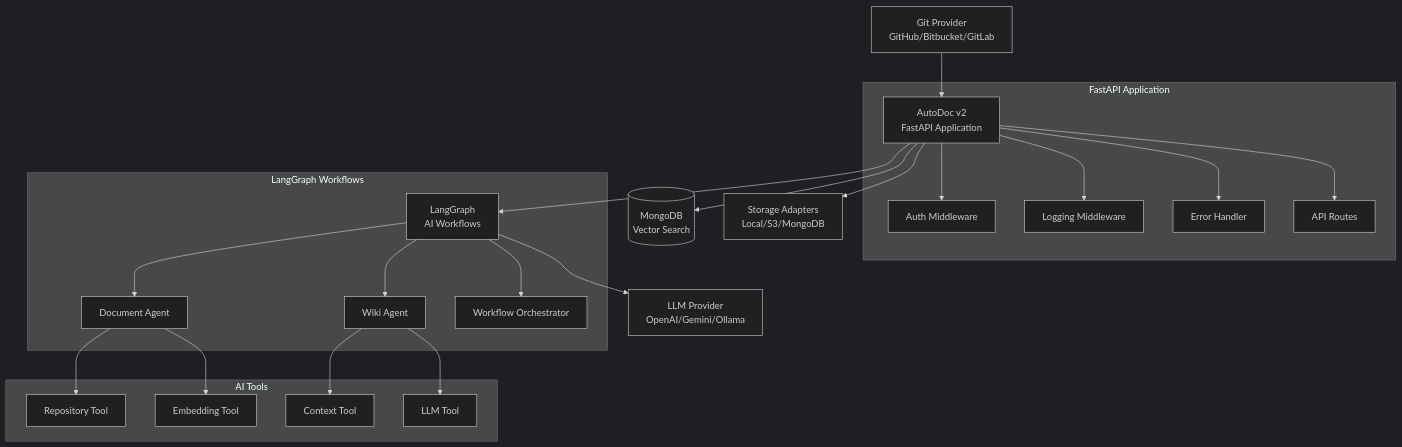
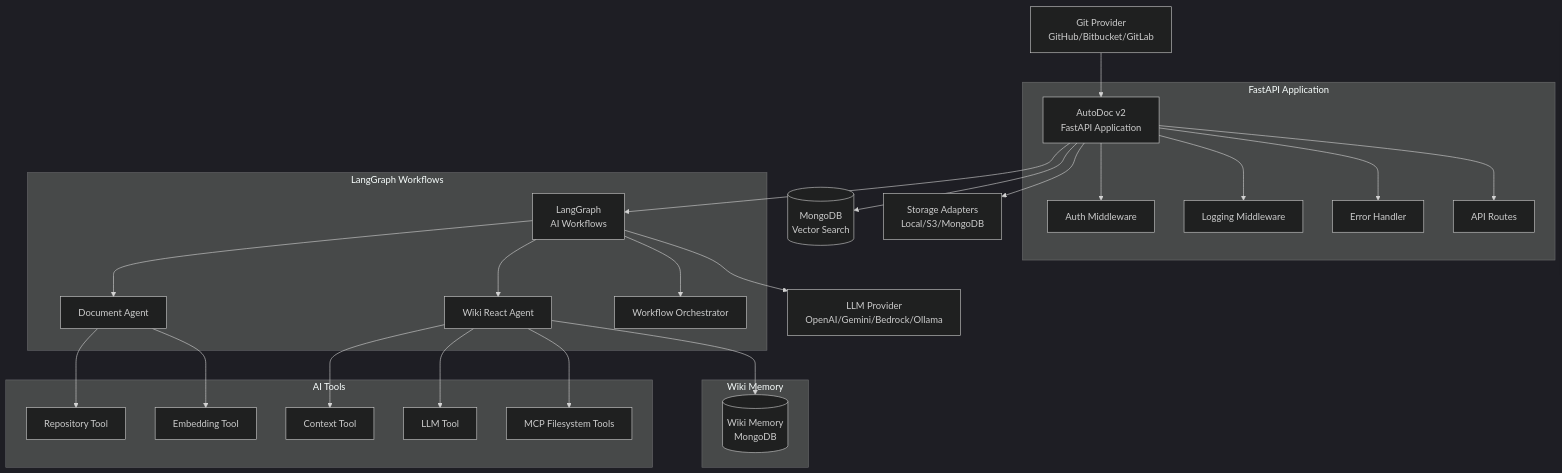
Before and after one commit to alexsohr/autodoc-v2: the first of 6 diagrams in README.md, drawn with Mermaid (dark theme). The commit also changed other lines of this file, not shown here.

First line of the commit message:
feat(docs): enhance README with new features and architecture details

````diff
--- a/README.md
+++ b/README.md
@@ -295,33 +305,40 @@
 ```mermaid
 graph TB
     GP[Git Provider<br/>GitHub/Bitbucket/GitLab] --> API[AutoDoc v2<br/>FastAPI Application]
     API --> DB[(MongoDB<br/>Vector Search)]
     API --> LG[LangGraph<br/>AI Workflows]
-    LG --> LLM[LLM Provider<br/>OpenAI/Gemini/Ollama]
+    LG --> LLM[LLM Provider<br/>OpenAI/Gemini/Bedrock/Ollama]
     API --> SA[Storage Adapters<br/>Local/S3/MongoDB]
-    
+
     subgraph "FastAPI Application"
         API --> AUTH[Auth Middleware]
         API --> LOG[Logging Middleware]
         API --> ERR[Error Handler]
         API --> ROUTES[API Routes]
     end
-    
+
     subgraph "LangGraph Workflows"
         LG --> DA[Document Agent]
-        LG --> WA[Wiki Agent]
+        LG --> WA[Wiki React Agent]
         LG --> WO[Workflow Orchestrator]
     end
-    
+
     subgraph "AI Tools"
         RT[Repository Tool]
         ET[Embedding Tool]
         CT[Context Tool]
         LT[LLM Tool]
-        
+        MCP[MCP Filesystem Tools]
+
         DA --> RT
         DA --> ET
         WA --> CT
         WA --> LT
+        WA --> MCP
+    end
+
+    subgraph "Wiki Memory"
+        WM[(Wiki Memory<br/>MongoDB)]
+        WA --> WM
     end
 ```
````
